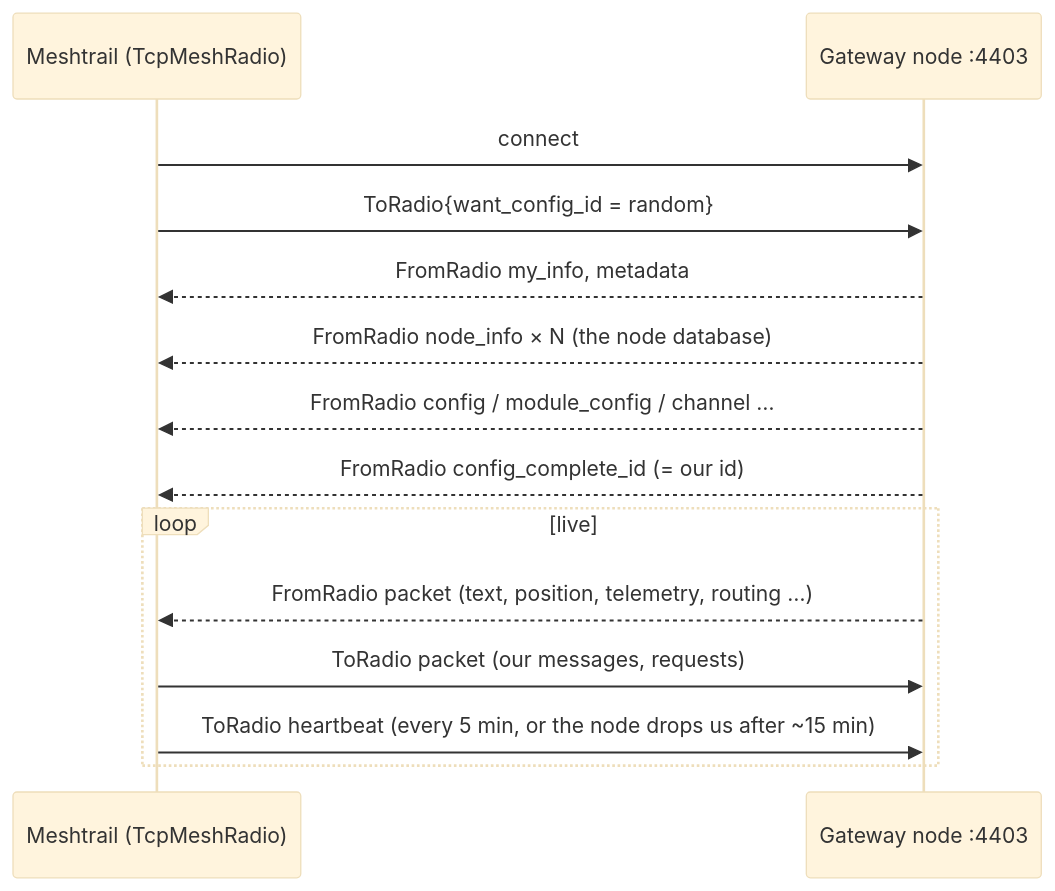
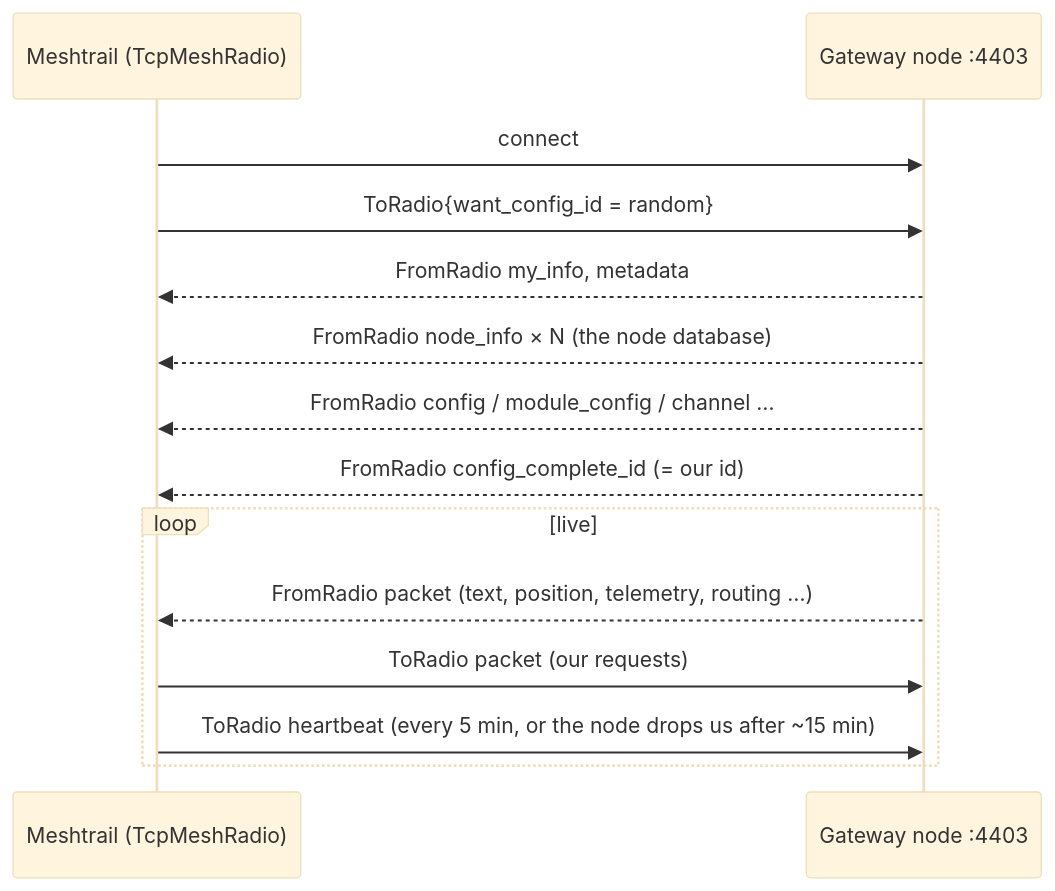
Before and after one commit to PieterTaelman/MeshTrail: the third of 4 diagrams in Documentation/Mesh/README.md, drawn with Mermaid (base theme). The commit also changed other lines of this file and 131 other files, not shown here.

````diff
--- a/Documentation/Mesh/README.md
+++ b/Documentation/Mesh/README.md
@@ -26,16 +68,16 @@
 ```mermaid
 sequenceDiagram
     participant S as Meshtrail (TcpMeshRadio)
     participant N as Gateway node :4403
     S->>N: connect
     S->>N: ToRadio{want_config_id = random}
     N-->>S: FromRadio my_info, metadata
     N-->>S: FromRadio node_info × N (the node database)
     N-->>S: FromRadio config / module_config / channel …
     N-->>S: FromRadio config_complete_id (= our id)
     loop live
         N-->>S: FromRadio packet (text, position, telemetry, routing …)
-        S->>N: ToRadio packet (our messages, requests)
+        S->>N: ToRadio packet (our requests)
         S->>N: ToRadio heartbeat (every 5 min, or the node drops us after ~15 min)
     end
 ```
````
